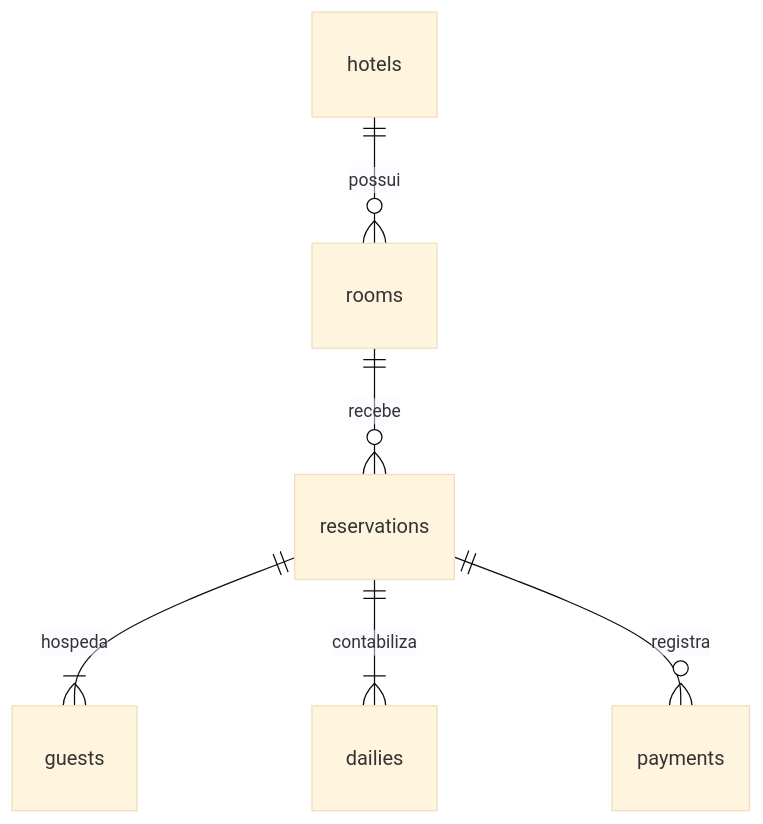
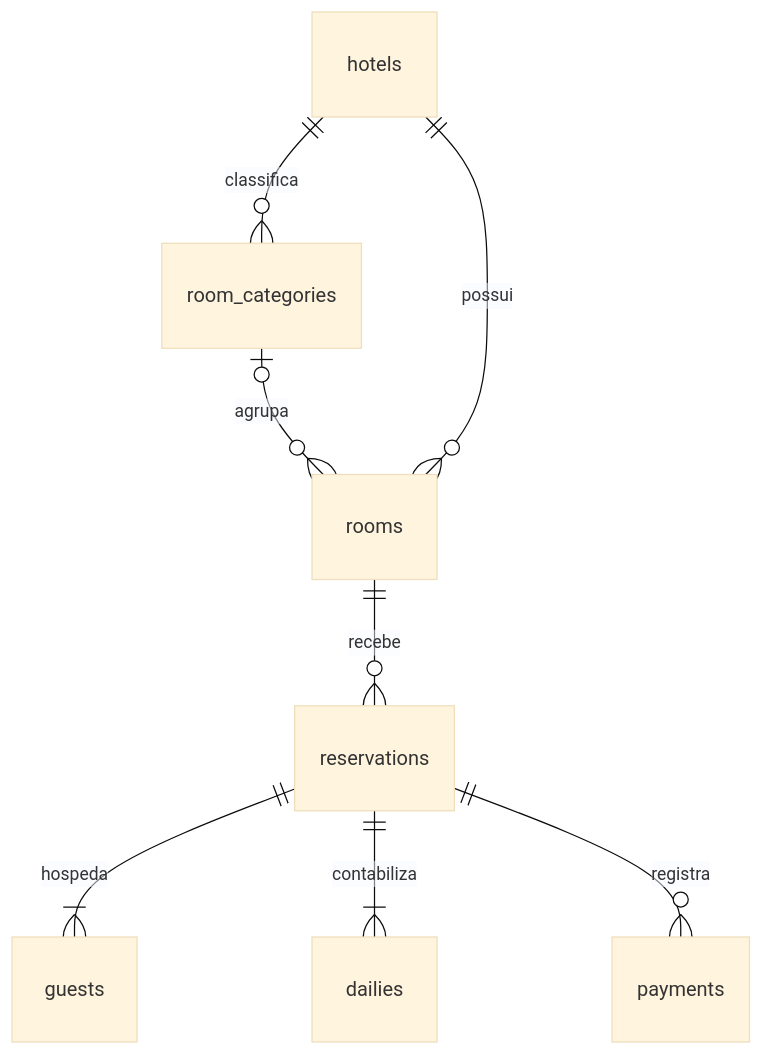
One commit to iuri-bsilva/api-hoteleira-laravel changed the diagram in README.md. Above: the diagram before and after it, drawn with Mermaid (base theme). The commit also changed other lines of this file and 3 other files, not shown here.

````diff
--- a/README.md
+++ b/README.md
@@ -91,8 +169,10 @@
 ```mermaid
 erDiagram
+    hotels ||--o{ room_categories : classifica
+    room_categories o|--o{ rooms : agrupa
     hotels ||--o{ rooms : possui
     rooms ||--o{ reservations : recebe
     reservations ||--|{ guests : hospeda
     reservations ||--|{ dailies : contabiliza
     reservations ||--o{ payments : registra
 ```
````
